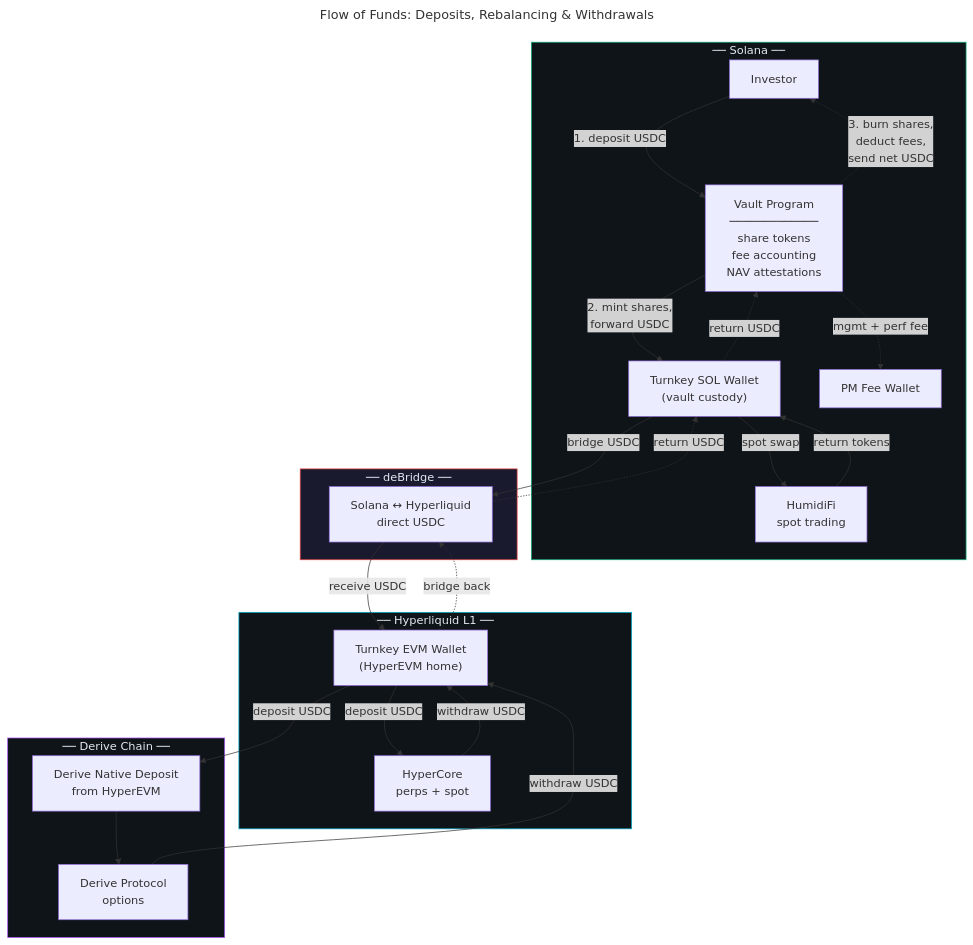
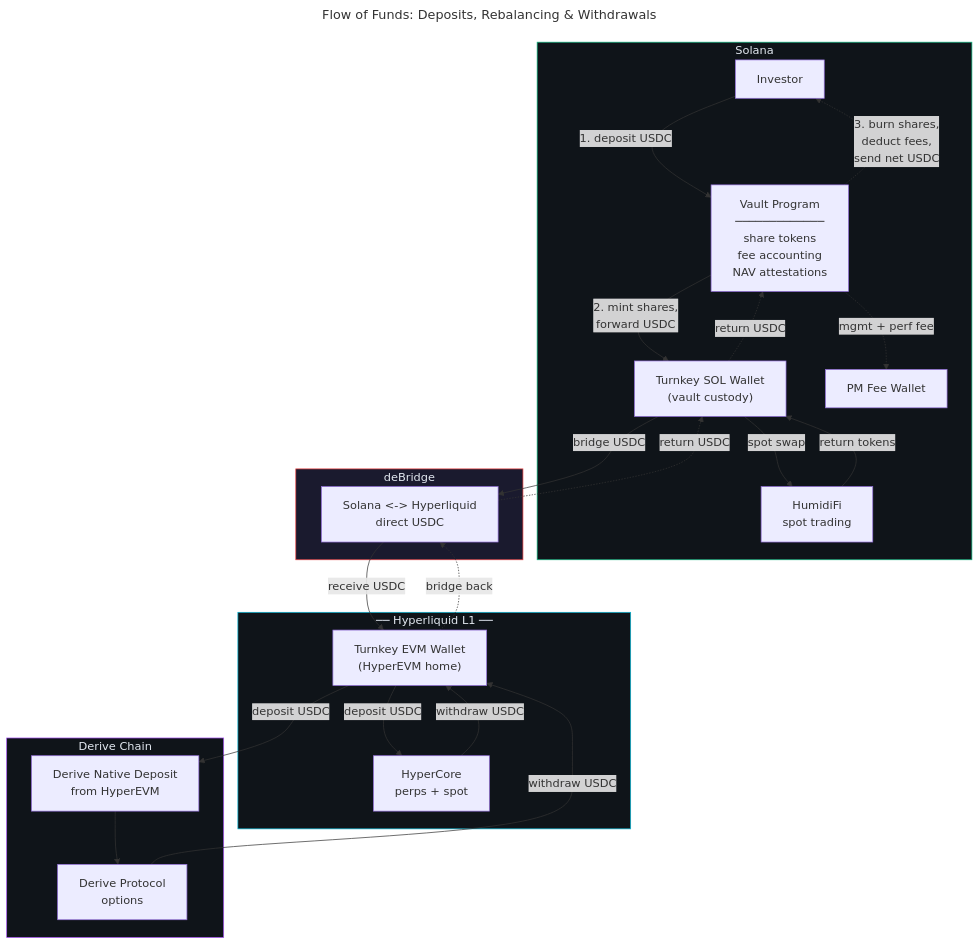
Before and after one commit to dataclique/moneymentum: the second of 2 diagrams in SPEC.md, drawn with Mermaid. The commit also changed other lines of this file and 1 other file, not shown here.

First line of the commit message:
update project docs for current architecture (#118)

````diff
--- a/SPEC.md
+++ b/SPEC.md
@@ -137,60 +141,60 @@
 ```mermaid
 ---
 title: "Flow of Funds: Deposits, Rebalancing & Withdrawals"
 ---
 graph TB
-    subgraph Solana["── Solana ──"]
+    subgraph Solana["Solana"]
         Investor["Investor"]
         Vault["Vault Program<br/>─────────────<br/>share tokens<br/>fee accounting<br/>NAV attestations"]
         SOLWallet["Turnkey SOL Wallet<br/>(vault custody)"]
         HumidiFi["HumidiFi<br/>spot trading"]
         PMFee["PM Fee Wallet"]
 
         Investor -- "1. deposit USDC" --> Vault
         Vault -- "2. mint shares,<br/>forward USDC" --> SOLWallet
         SOLWallet -- "spot swap" --> HumidiFi
         HumidiFi -- "return tokens" --> SOLWallet
 
         %% Withdrawal return
         SOLWallet -. "return USDC" .-> Vault
         Vault -. "3. burn shares,<br/>deduct fees,<br/>send net USDC" .-> Investor
         Vault -. "mgmt + perf fee" .-> PMFee
     end
 
-    subgraph Bridge["── deBridge ──"]
-        deBridge["Solana ↔ Hyperliquid<br/>direct USDC"]
+    subgraph Bridge["deBridge"]
+        deBridge["Solana <-> Hyperliquid<br/>direct USDC"]
     end
 
     subgraph Hyperliquid["── Hyperliquid L1 ──"]
         EVMWallet["Turnkey EVM Wallet<br/>(HyperEVM home)"]
         HyperCore["HyperCore<br/>perps + spot"]
 
         EVMWallet -- "deposit USDC" --> HyperCore
         HyperCore -- "withdraw USDC" --> EVMWallet
     end
 
-    subgraph DeriveChain["── Derive Chain ──"]
+    subgraph DeriveChain["Derive Chain"]
         DeriveDeposit["Derive Native Deposit<br/>from HyperEVM"]
         DeriveProtocol["Derive Protocol<br/>options"]
 
         DeriveDeposit --> DeriveProtocol
     end
 
     %% Cross-chain: Solana to Hyperliquid
     SOLWallet -- "bridge USDC" --> deBridge
     deBridge -- "receive USDC" --> EVMWallet
 
     %% Cross-chain: Hyperliquid to Derive
     EVMWallet -- "deposit USDC" --> DeriveDeposit
     DeriveProtocol -- "withdraw USDC" --> EVMWallet
 
     %% Withdrawal: bridge back
     EVMWallet -. "bridge back" .-> deBridge
     deBridge -. "return USDC" .-> SOLWallet
 
     %% Styles
     style Solana fill:#0f1419,stroke:#10b981,color:#e2e8f0
     style Hyperliquid fill:#0f1419,stroke:#06b6d4,color:#e2e8f0
     style DeriveChain fill:#0f1419,stroke:#a855f7,color:#e2e8f0
     style Bridge fill:#1a1a2e,stroke:#ef4444,color:#e2e8f0
 ```
````
